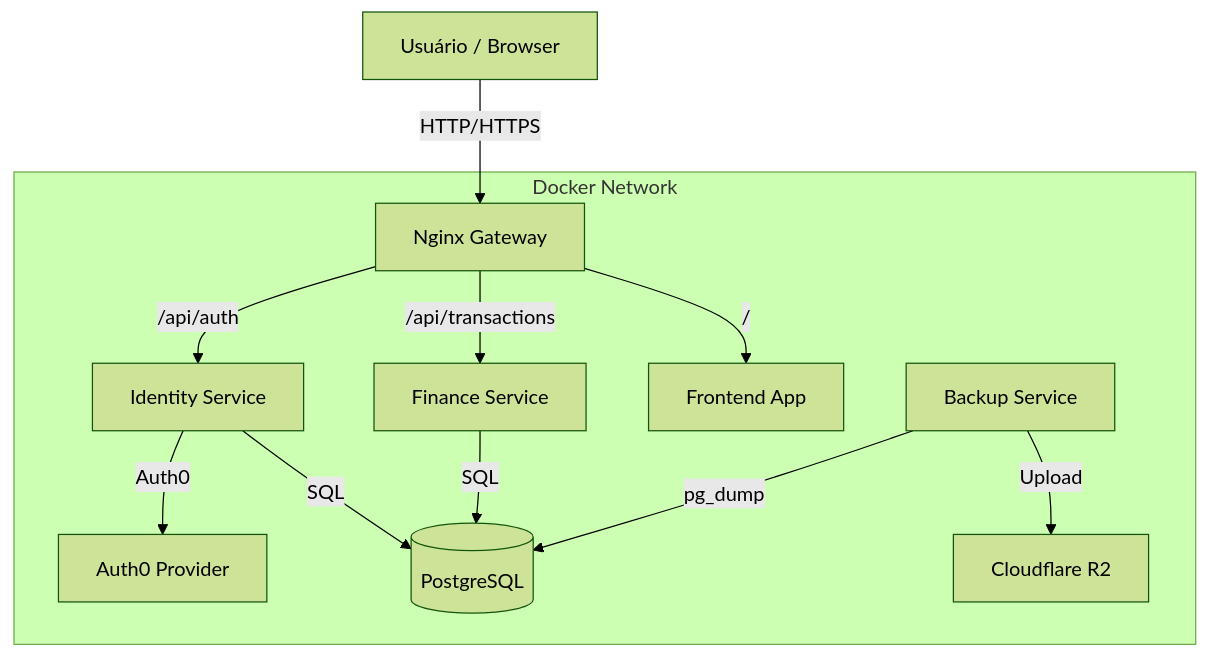
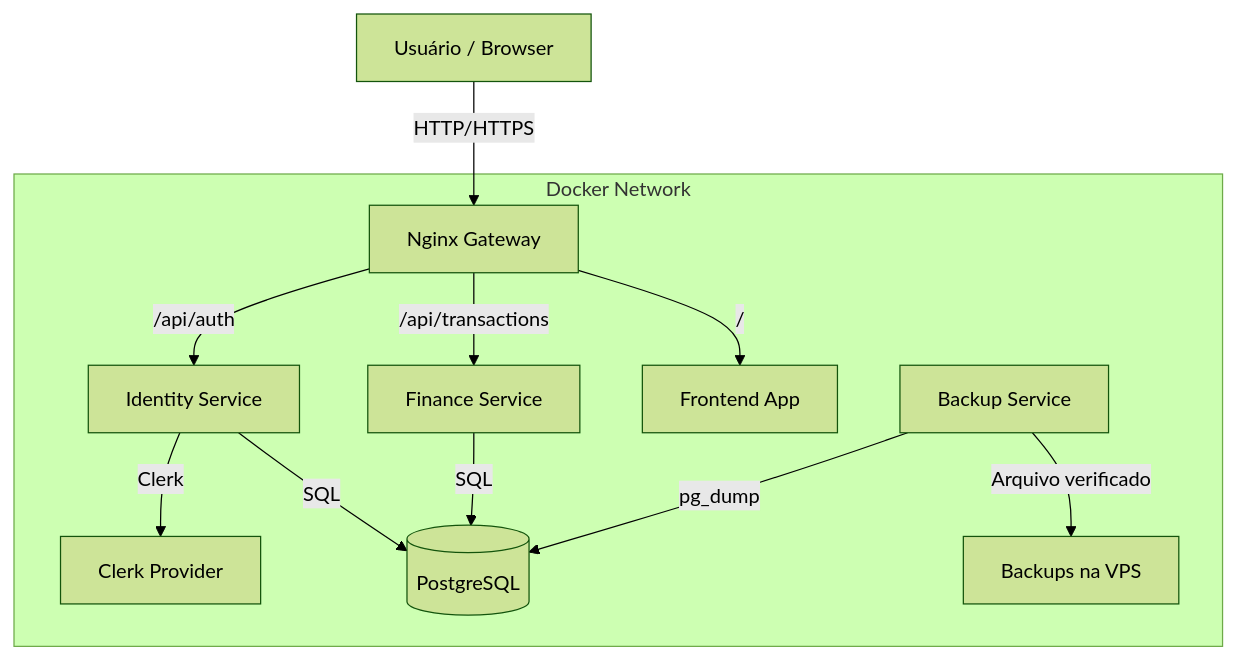
The diagram in README.md (felipersd/portal-financeiro), drawn with Mermaid (forest theme) before and after one commit. The commit also changed other lines of this file and 73 other files, not shown here.

Commit message:
Deploy versioned GHCR releases to VPS with verified migrations and hardened auth

````diff
--- a/README.md
+++ b/README.md
@@ -9,17 +9,17 @@
 ```mermaid
 graph TD
     User[Usuário / Browser] -->|HTTP/HTTPS| Gateway[Nginx Gateway]
     
     subgraph "Docker Network"
         Gateway -->|/api/auth| Identity[Identity Service]
         Gateway -->|/api/transactions| Finance[Finance Service]
         Gateway -->|/| Frontend[Frontend App]
         
-        Identity -->|Auth0| Auth0[Auth0 Provider]
+        Identity -->|Clerk| Clerk[Clerk Provider]
         Identity -->|SQL| DB[(PostgreSQL)]
         Finance -->|SQL| DB
         
         Backup[Backup Service] -->|pg_dump| DB
-        Backup -->|Upload| R2[Cloudflare R2]
+        Backup -->|Arquivo verificado| Storage[Backups na VPS]
     end
 ```
````
